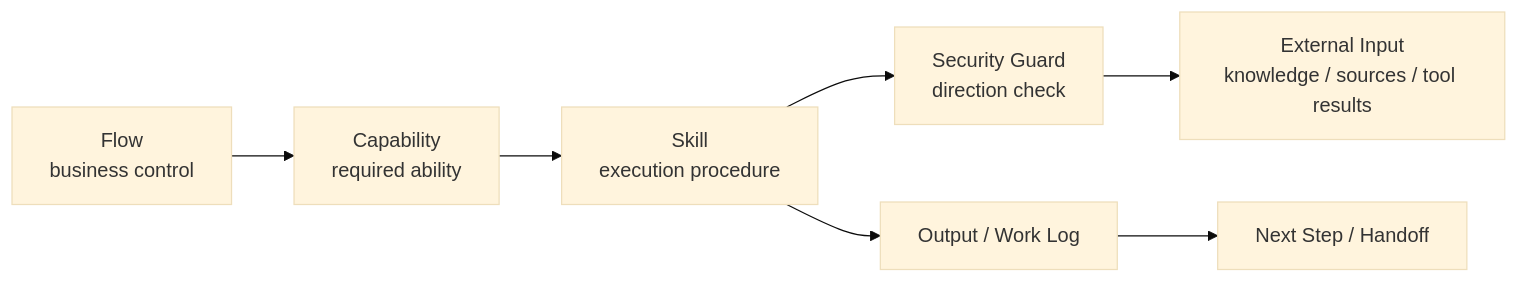
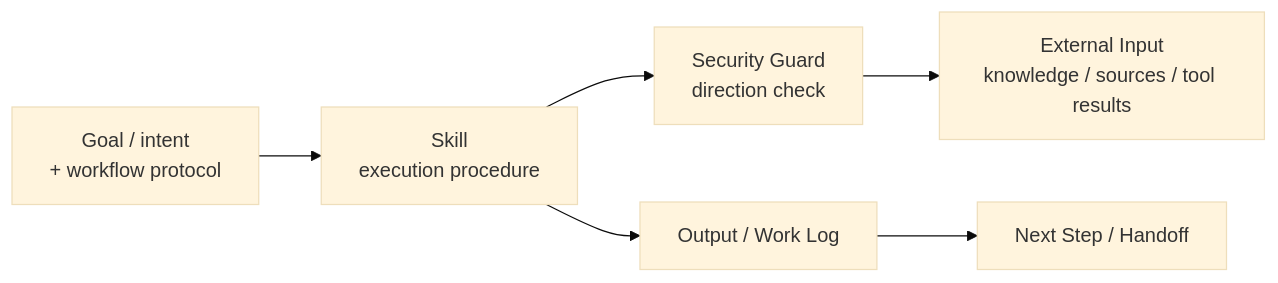
The diagram in docs/core/contracts/053_context_direction_security_guard.md (synthaicode/XRefKit), drawn with Mermaid (base theme) before and after one commit. The commit also changed other lines of this file and 3 other files, not shown here.

````diff
--- a/docs/core/contracts/053_context_direction_security_guard.md
+++ b/docs/core/contracts/053_context_direction_security_guard.md
@@ -140,9 +137,8 @@
 ```mermaid
 flowchart LR
-    F["Flow<br/>business control"] --> C["Capability<br/>required ability"]
-    C --> S["Skill<br/>execution procedure"]
+    I["Goal / intent<br/>+ workflow protocol"] --> S["Skill<br/>execution procedure"]
     S --> G["Security Guard<br/>direction check"]
     G --> E["External Input<br/>knowledge / sources / tool results"]
     S --> O["Output / Work Log"]
     O --> N["Next Step / Handoff"]
 ```
````
